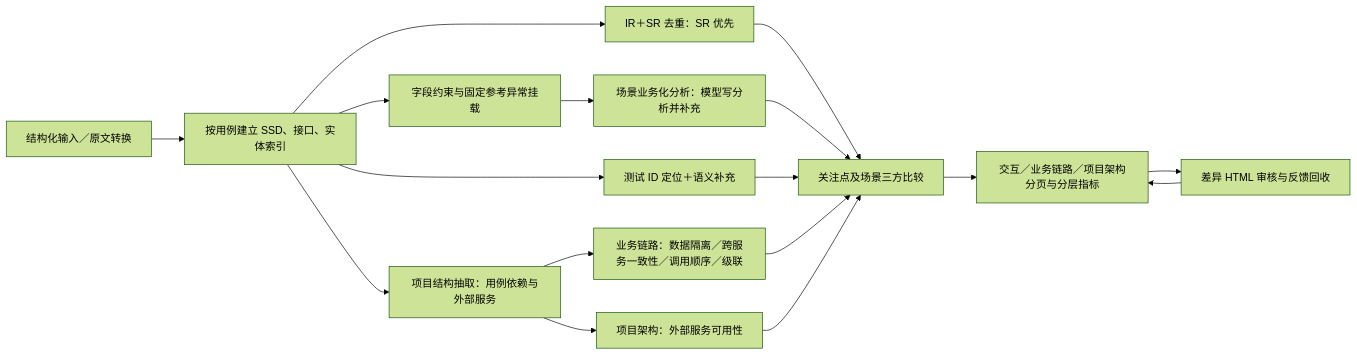
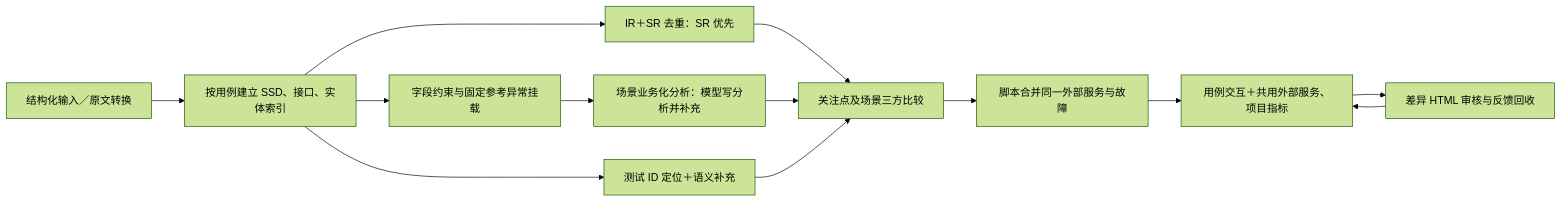
Before and after one commit to Yangkailiang1/Scene_Completion: the diagram in README.md, drawn with Mermaid (forest theme). The commit also changed other lines of this file and 64 other files, not shown here.

````diff
--- a/README.md
+++ b/README.md
@@ -52,19 +52,15 @@
 ```mermaid
 flowchart LR
     A[结构化输入／原文转换] --> B[按用例建立 SSD、接口、实体索引]
     B --> E[IR＋SR 去重：SR 优先]
     B --> G[字段约束与固定参考异常挂载]
     B --> T[测试 ID 定位＋语义补充]
     G --> S[场景业务化分析：模型写分析并补充]
     E --> C[关注点及场景三方比较]
     S --> C
     T --> C
-    B --> P[项目结构抽取：用例依赖与外部服务]
-    P --> PB[业务链路：数据隔离／跨服务一致性／调用顺序／级联]
-    P --> PA[项目架构：外部服务可用性]
-    PB --> C
-    PA --> C
-    C --> R[交互／业务链路／项目架构分页与分层指标]
+    C --> M[脚本合并同一外部服务与故障]
+    M --> R[用例交互＋共用外部服务、项目指标]
     R --> H[差异 HTML 审核与反馈回收]
     H --> R
 ```
````
